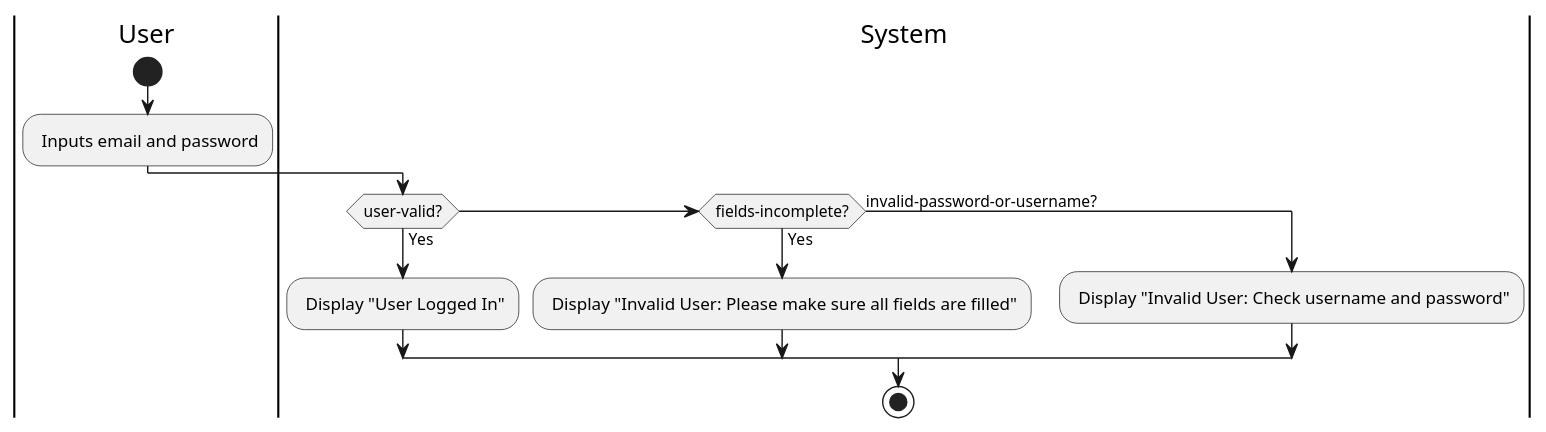
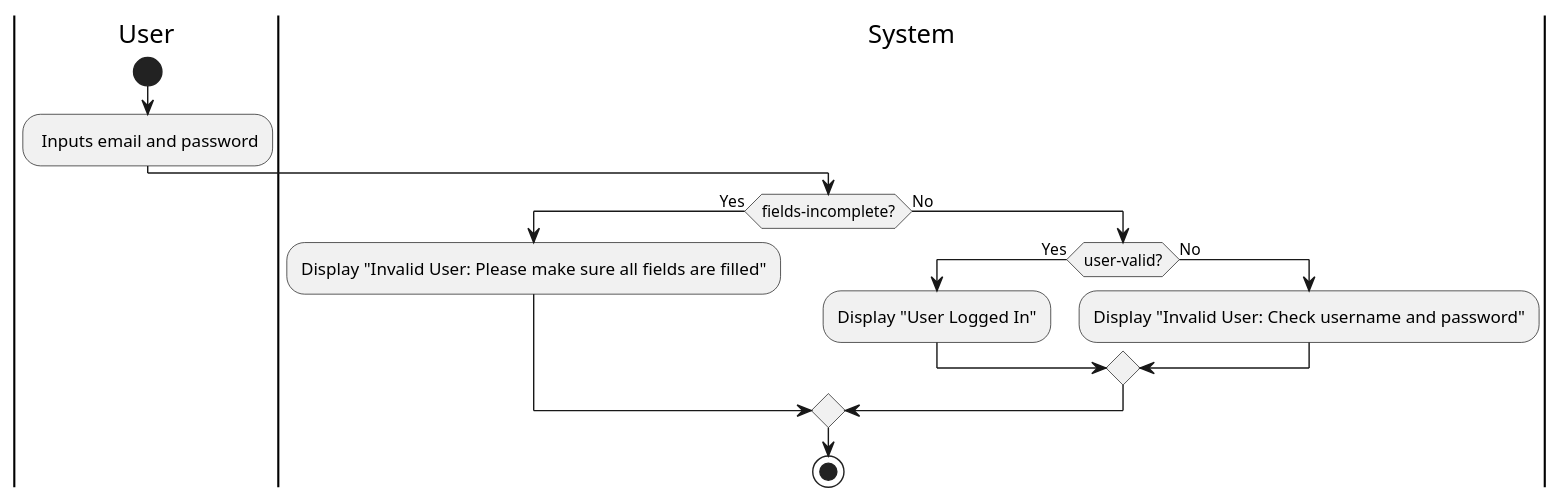
The diagram in IntelliJ/Doc/use-cases/log-in-to-account.md (remyben-creator/Marketplace-Application), drawn with PlantUML before and after one commit. The commit also changed 7 other files, not shown here.

Commit message:
use case diagrams finalized

````diff
--- a/IntelliJ/Doc/use-cases/log-in-to-account.md
+++ b/IntelliJ/Doc/use-cases/log-in-to-account.md
@@ -11,17 +11,19 @@
 ```plantuml
 
 |User|
 start
 : Inputs email and password;
 |System|
-if (user-valid?) then (Yes)
-: Display "User Logged In";
-elseif (fields-incomplete?) then (Yes)
-: Display "Invalid User: Please make sure all fields are filled";
-else (invalid-password-or-username?)
-: Display "Invalid User: Check username and password";
+if (fields-incomplete?) then (Yes)
+:Display "Invalid User: Please make sure all fields are filled";
+else (No)
+ if (user-valid?) then (Yes)
+ :Display "User Logged In";
+ else (No)
+ :Display "Invalid User: Check username and password";
+ endif
 endif
-stop
+ stop
 
 @enduml
 ```
````
